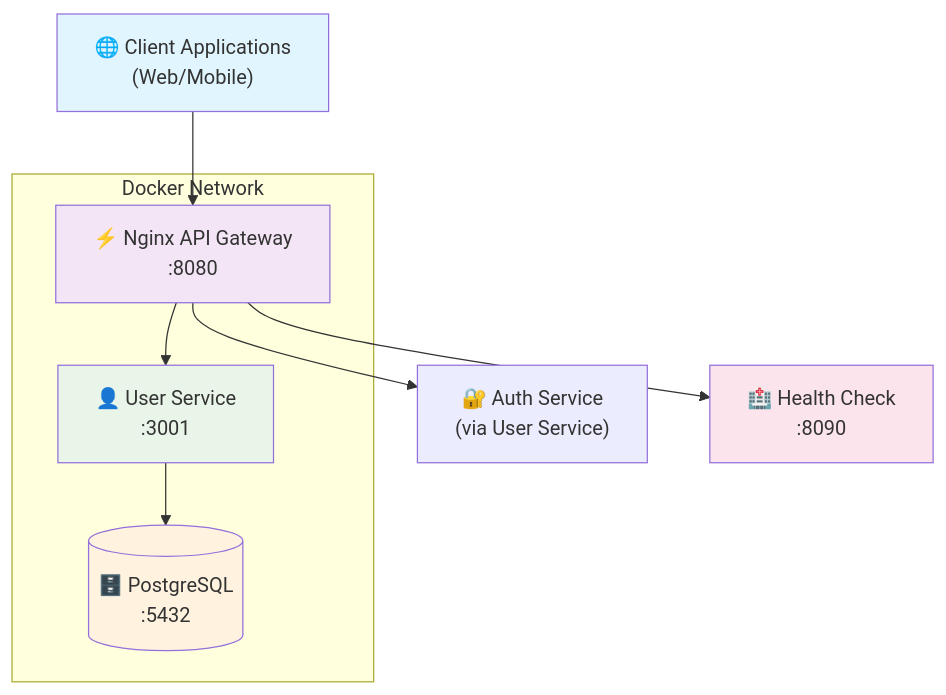
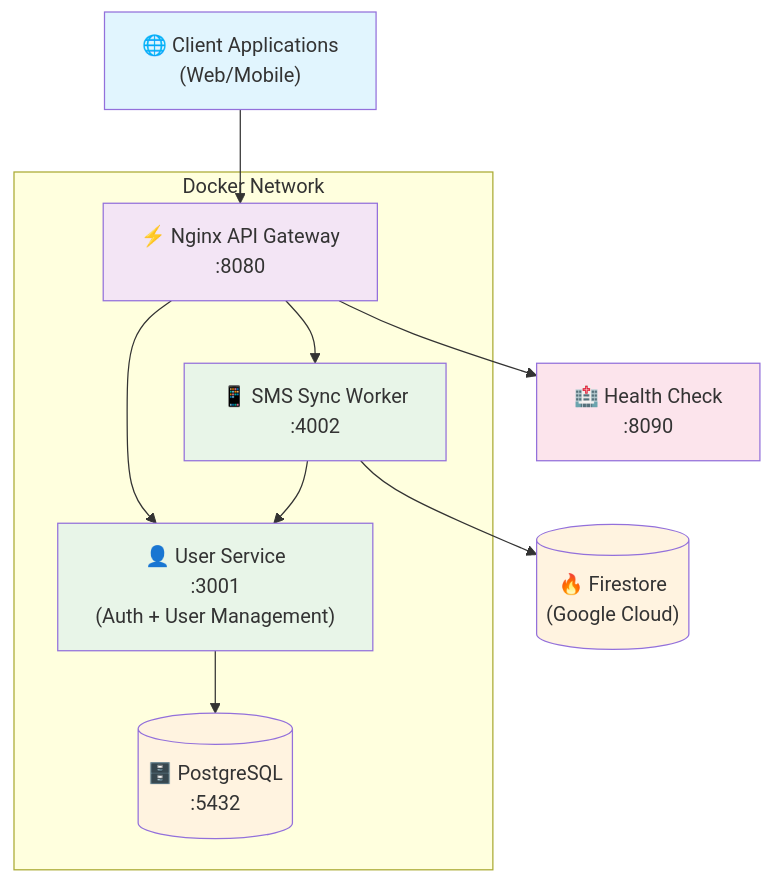
Before and after one commit to GauravSharmaCode/neat_spend: the first of 2 diagrams in README.md, drawn with Mermaid. The commit also changed other lines of this file and 31 other files, not shown here.

First line of the commit message:
## feat/Complete SMS Sync Worker implementation with authentication and Firestore (#29)

````diff
--- a/README.md
+++ b/README.md
@@ -17,23 +17,28 @@
 ```mermaid
 graph TB
     Client["🌐 Client Applications<br/>(Web/Mobile)"] --> Gateway["⚡ Nginx API Gateway<br/>:8080"]
-    
-    Gateway --> UserService["👤 User Service<br/>:3001"]
-    Gateway --> AuthService["🔐 Auth Service<br/>(via User Service)"]
-    
+
+    Gateway --> UserService["👤 User Service<br/>:3001<br/>(Auth + User Management)"]
+    Gateway --> SMSWorker["📱 SMS Sync Worker<br/>:4002"]
+
     UserService --> Database[("🗄️ PostgreSQL<br/>:5432")]
-    
+    SMSWorker --> Firestore[("🔥 Firestore<br/>(Google Cloud)")]
+    SMSWorker --> UserService
+
     Gateway --> HealthCheck["🏥 Health Check<br/>:8090"]
-    
+
     subgraph "Docker Network"
         Gateway
         UserService
+        SMSWorker
         Database
     end
-    
+
     style Client fill:#e1f5fe
     style Gateway fill:#f3e5f5
     style UserService fill:#e8f5e8
+    style SMSWorker fill:#e8f5e8
     style Database fill:#fff3e0
+    style Firestore fill:#fff3e0
     style HealthCheck fill:#fce4ec
 ```
````
